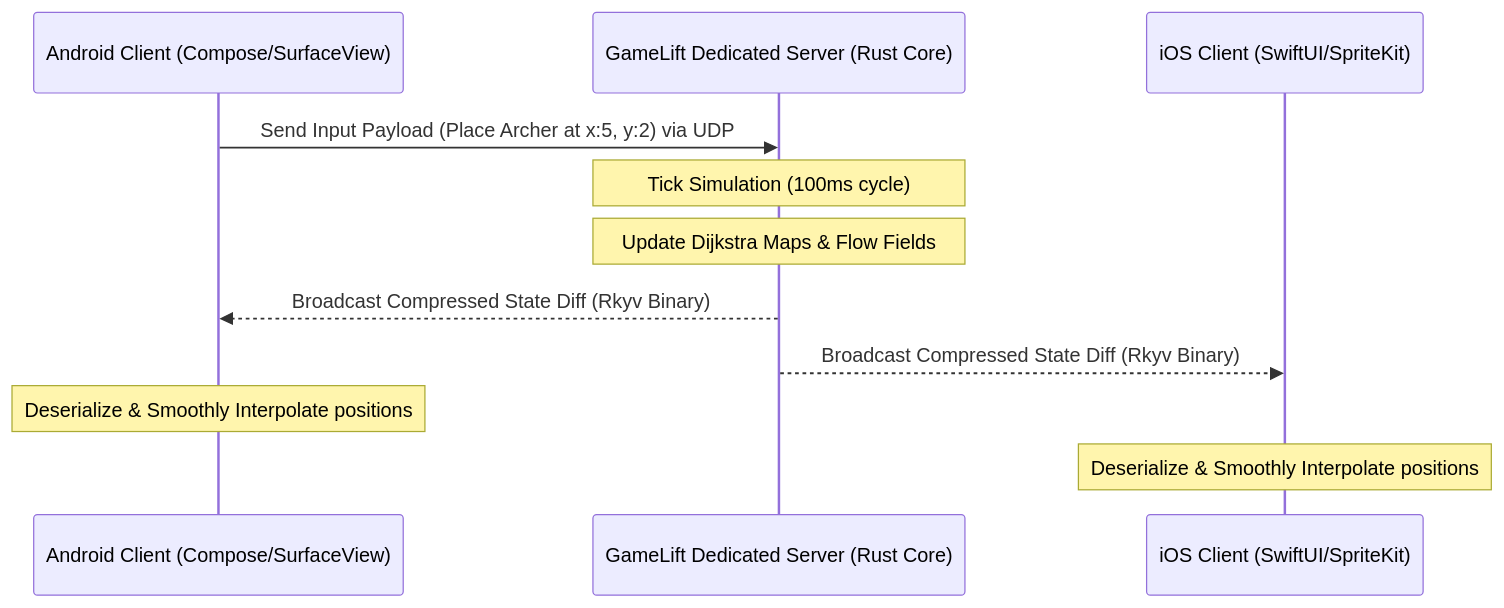
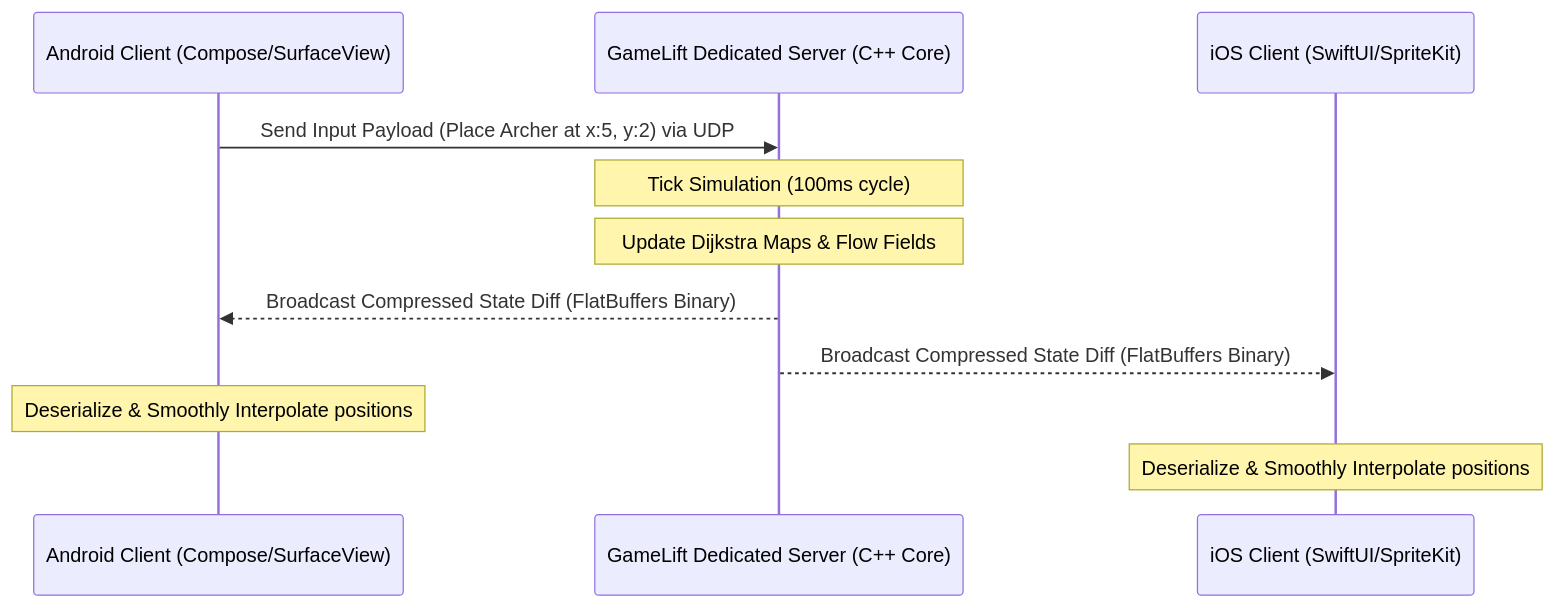
The second of 3 diagrams in docs/design/game_design_document.md (Hyperion-Corporation/Project-Mobile-Fortress), drawn with Mermaid before and after one commit. The commit also changed other lines of this file and 28 other files, not shown here.

First line of the commit message:
Switch planned shared simulation core from Rust to C++20

````diff
--- a/docs/design/game_design_document.md
+++ b/docs/design/game_design_document.md
@@ -96,14 +96,14 @@
 ```mermaid
 sequenceDiagram
     participant ClientA as Android Client (Compose/SurfaceView)
-    participant Server as GameLift Dedicated Server (Rust Core)
+    participant Server as GameLift Dedicated Server (C++ Core)
     participant ClientB as iOS Client (SwiftUI/SpriteKit)
     
     ClientA->>Server: Send Input Payload (Place Archer at x:5, y:2) via UDP
     Note over Server: Tick Simulation (100ms cycle)
     Note over Server: Update Dijkstra Maps & Flow Fields
-    Server-->>ClientA: Broadcast Compressed State Diff (Rkyv Binary)
-    Server-->>ClientB: Broadcast Compressed State Diff (Rkyv Binary)
+    Server-->>ClientA: Broadcast Compressed State Diff (FlatBuffers Binary)
+    Server-->>ClientB: Broadcast Compressed State Diff (FlatBuffers Binary)
     Note over ClientA: Deserialize & Smoothly Interpolate positions
     Note over ClientB: Deserialize & Smoothly Interpolate positions
 ```
````
